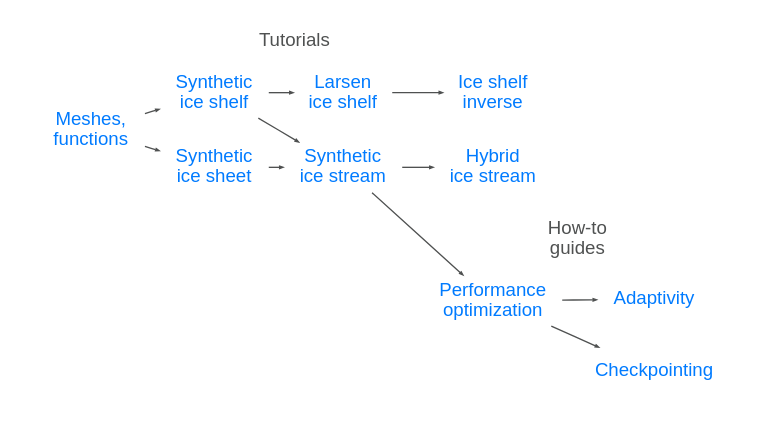
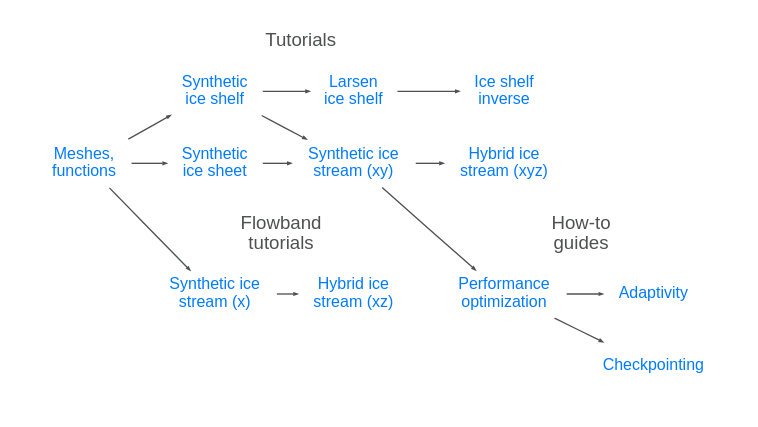
Before and after one commit to icepack/icepack.github.io: the diagram in pages/tutorials.rst, drawn with Graphviz.

Commit message:
Add flowband tutorials in their own cluster

```diff
--- a/pages/tutorials.rst
+++ b/pages/tutorials.rst
@@ -18,49 +18,57 @@
 .. graphviz::
 
     digraph tutorials {
-        node [fontname="helvetica", shape="plaintext", fontcolor="#007bff"];
+        node [fontname="helvetica", shape="plaintext", fontcolor="#007bff", fontsize="12"];
         edge [arrowsize=0.25, color="#4F5151"];
         ranksep=0.15;
         rankdir="LR";
         splines="false";
         mode="hier";
         layout="dot";
         //newrank="true";
 
         meshes_functions [label="Meshes,\nfunctions", href="/notebooks/tutorials/00-meshes-functions/"];
         synthetic_ice_sheet [label="Synthetic\nice sheet", href="/notebooks/tutorials/01-synthetic-ice-sheet/"];
         synthetic_ice_shelf [label="Synthetic\nice shelf", href="/notebooks/tutorials/02-synthetic-ice-shelf/"];
         larsen_ice_shelf [label="Larsen\nice shelf", href="/notebooks/tutorials/03-larsen-ice-shelf/"];
-        synthetic_ice_stream [label="Synthetic\nice stream", href="/notebooks/tutorials/04-synthetic-ice-stream/"];
+        synthetic_ice_stream_x [label="Synthetic ice\nstream (x)", href="/notebooks/tutorials/04-synthetic-ice-stream-x/"];
+        synthetic_ice_stream_xy [label="Synthetic ice\nstream (xy)", href="/notebooks/tutorials/04-synthetic-ice-stream-xy/"];
         ice_shelf_inverse [label="Ice shelf\ninverse", href="/notebooks/tutorials/05-ice-shelf-inverse/"];
-        hybrid_ice_stream [label="Hybrid\nice stream", href="/notebooks/tutorials/06-hybrid-ice-stream/"];
+        hybrid_ice_stream_xz [label="Hybrid ice\nstream (xz)", href="/notebooks/tutorials/06-hybrid-ice-stream-xz/"];
+        hybrid_ice_stream_xyz [label="Hybrid ice\nstream (xyz)", href="/notebooks/tutorials/06-hybrid-ice-stream-xyz/"];
 
         performance [label="Performance\noptimization", href="/notebooks/how-to/01-performance/"];
         checkpointing [label="Checkpointing", href="/notebooks/how-to/02-checkpointing/"];
         adaptivity [label="Adaptivity", href="/notebooks/how-to/03-adaptivity/"];
 
-        subgraph cluster_0 {
+        subgraph cluster_planview_tutorials {
             penwidth=0;
             fontcolor="#4F5151"
             fontname="helvetica";
             label="Tutorials";
             meshes_functions -> synthetic_ice_sheet;
             meshes_functions -> synthetic_ice_shelf -> larsen_ice_shelf -> ice_shelf_inverse;
-            //synthetic_ice_shelf -> larsen_ice_shelf;
-            //larsen_ice_shelf -> ice_shelf_inverse;
-            synthetic_ice_shelf -> synthetic_ice_stream;
-            synthetic_ice_sheet -> synthetic_ice_stream;
-            synthetic_ice_stream -> hybrid_ice_stream;
+            synthetic_ice_shelf -> synthetic_ice_stream_xy;
+            synthetic_ice_sheet -> synthetic_ice_stream_xy;
+            synthetic_ice_stream_xy -> hybrid_ice_stream_xyz;
         }
 
-        synthetic_ice_stream -> performance; // [constraint=false];
+        subgraph cluster_flowband_tutorials {
+            penwidth=0;
+            fontcolor="#4F5151"
+            fontname="helvetica";
+            label="Flowband\ntutorials";
+            meshes_functions -> synthetic_ice_stream_x -> hybrid_ice_stream_xz;
+        }
 
-        subgraph cluster_1 {
+        synthetic_ice_stream_xy -> performance; // [constraint=false];
+
+        subgraph cluster_how_to {
             penwidth=0;
             fontcolor="#4F5151"
             fontname="helvetica";
             label="How-to\nguides";
             performance -> checkpointing;
             performance -> adaptivity;
         }
     }
```
